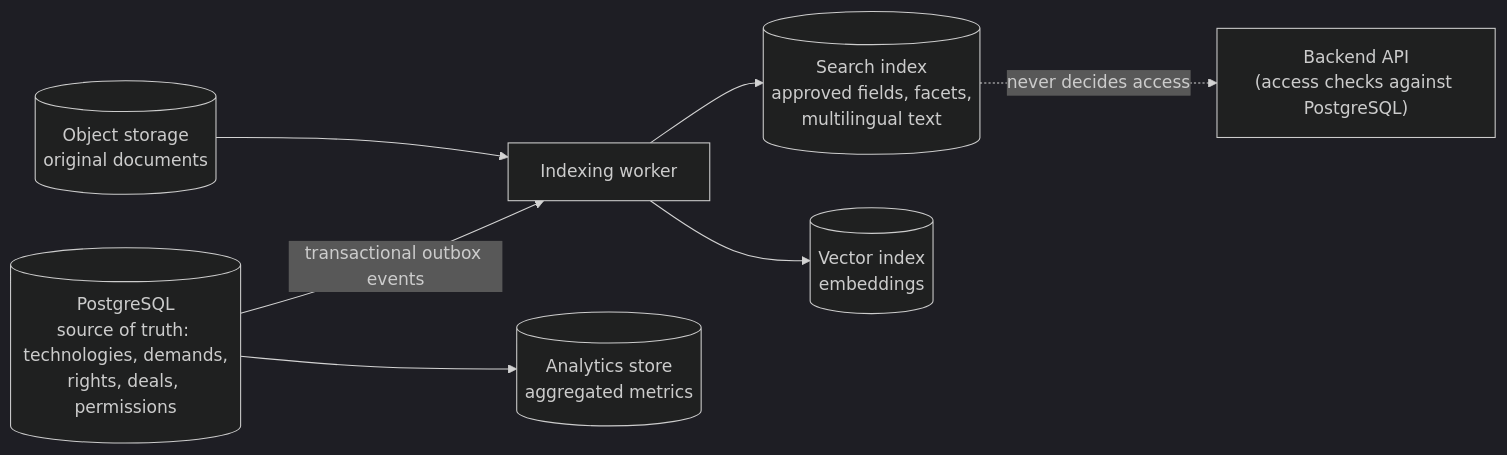
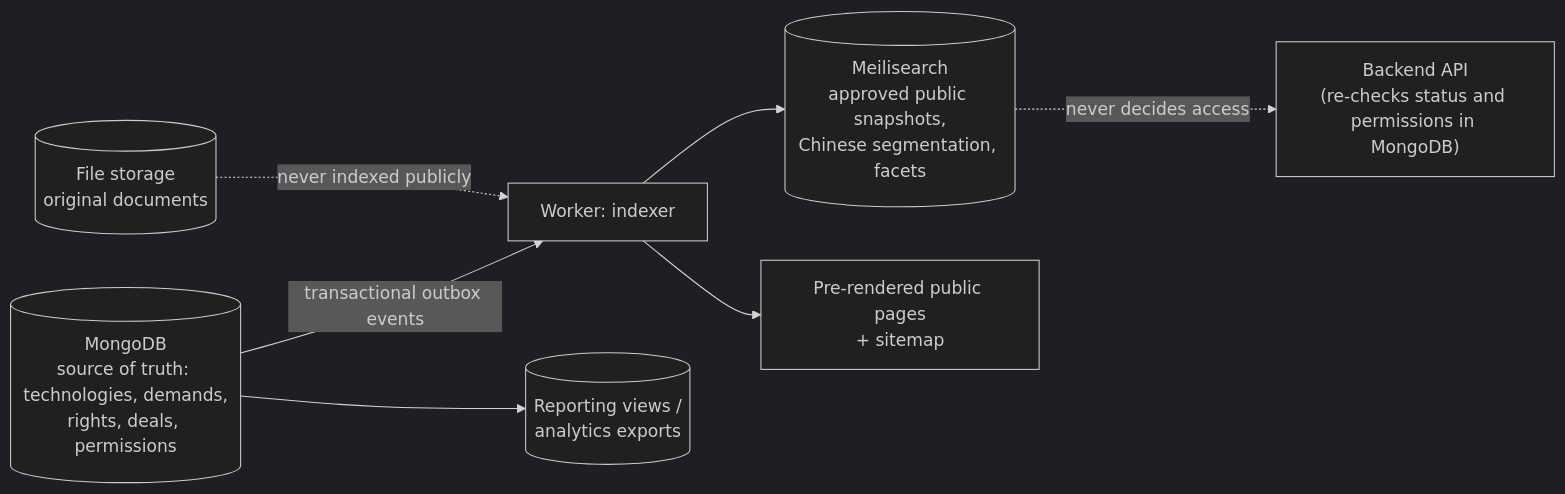
Before and after one commit to greensoft-atom/tex-platform: diagram 17 of 21 in 05-system-design-blueprint.md, drawn with Mermaid (dark theme). The commit also changed other lines of this file and 25 other files, not shown here.

````diff
--- a/05-system-design-blueprint.md
+++ b/05-system-design-blueprint.md
@@ -1160,9 +1099,9 @@
 ```mermaid
 flowchart LR
-    PG[("PostgreSQL<br/>source of truth: technologies, demands,<br/>rights, deals, permissions")] -->|"transactional outbox events"| W["Indexing worker"]
-    W --> SI[("Search index<br/>approved fields, facets,<br/>multilingual text")]
-    W --> VI[("Vector index<br/>embeddings")]
-    OS[("Object storage<br/>original documents")] --> W
-    PG --> AN[("Analytics store<br/>aggregated metrics")]
-    SI -. "never decides access" .-> API["Backend API<br/>(access checks against PostgreSQL)"]
+    DB[("MongoDB<br/>source of truth: technologies, demands,<br/>rights, deals, permissions")] -->|"transactional outbox events"| W["Worker: indexer"]
+    W --> SI[("Meilisearch<br/>approved public snapshots,<br/>Chinese segmentation, facets")]
+    W --> PG["Pre-rendered public pages<br/>+ sitemap"]
+    OS[("File storage<br/>original documents")] -.->|"never indexed publicly"| W
+    DB --> AN[("Reporting views /<br/>analytics exports")]
+    SI -. "never decides access" .-> API["Backend API<br/>(re-checks status and permissions in MongoDB)"]
 ```
````
